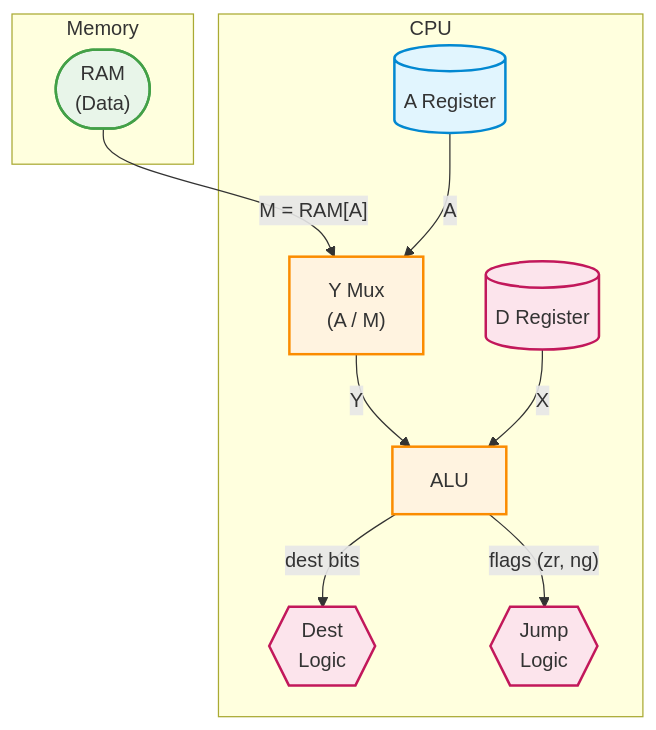
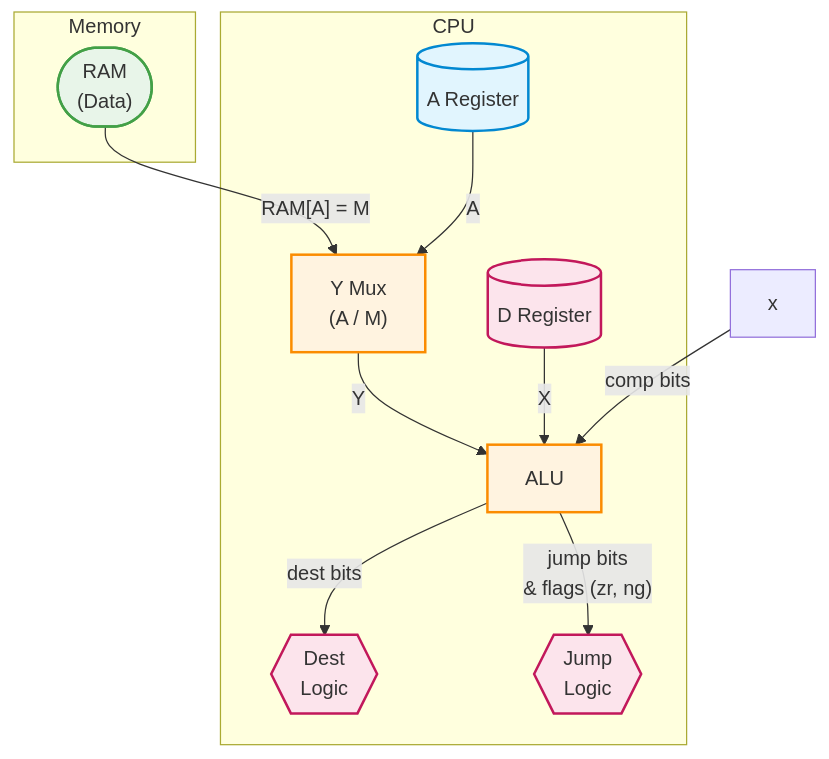
Before and after one commit to josephhilby/HackPlusPlus: the diagram in docs/07_processor.md, drawn with Mermaid. The commit also changed other lines of this file, not shown here.

````diff
--- a/docs/07_processor.md
+++ b/docs/07_processor.md
@@ -171,44 +179,45 @@
 ```mermaid
 flowchart TD
     %% ===== Nodes =====
     subgraph CPU["CPU"]
         AREG[("A Register")]
         DREG[("D Register")]
         MUXY["Y Mux<br/>(A / M)"]
         ALU["ALU"]
         DEST{{"Dest<br/>Logic"}}
         JUMP{{"Jump<br/>Logic"}}
     end
 
     subgraph MEM["Memory"]
         RAM(["RAM<br/>(Data)"])
     end
 
     %% ===== Datapath =====
-    RAM -->|"M = RAM[A]"| MUXY
+    RAM -->|"RAM[A] = M"| MUXY
     AREG -->|A| MUXY
 
     MUXY -->|"Y"| ALU
     DREG -->|"X"| ALU
 
     %% ===== Control Flow =====
+    x:::hidden -->|"comp bits"| ALU
     ALU -->|"dest bits"| DEST
-    ALU -->|"flags (zr, ng)"| JUMP
+    ALU -->|"jump bits <br/>& flags (zr, ng)"| JUMP
 
     %% ===== Styles =====
     %% A-instruction highlight (A Register)
     classDef aInstr fill:#E1F5FE,stroke:#0288D1,stroke-width:2px;
 
     %% C-instruction highlight (D, Dest, Jump)
     classDef cInstr fill:#FCE4EC,stroke:#C2185B,stroke-width:2px;
 
     %% Neutral compute / memory
     classDef compute fill:#FFF3E0,stroke:#FB8C00,stroke-width:2px;
     classDef mem fill:#E8F5E9,stroke:#43A047,stroke-width:2px;
 
     %% ===== Class Assignment =====
     class AREG aInstr;
     class DREG,DEST,JUMP cInstr;
     class ALU,MUXY compute;
     class RAM mem;
 ```
````
